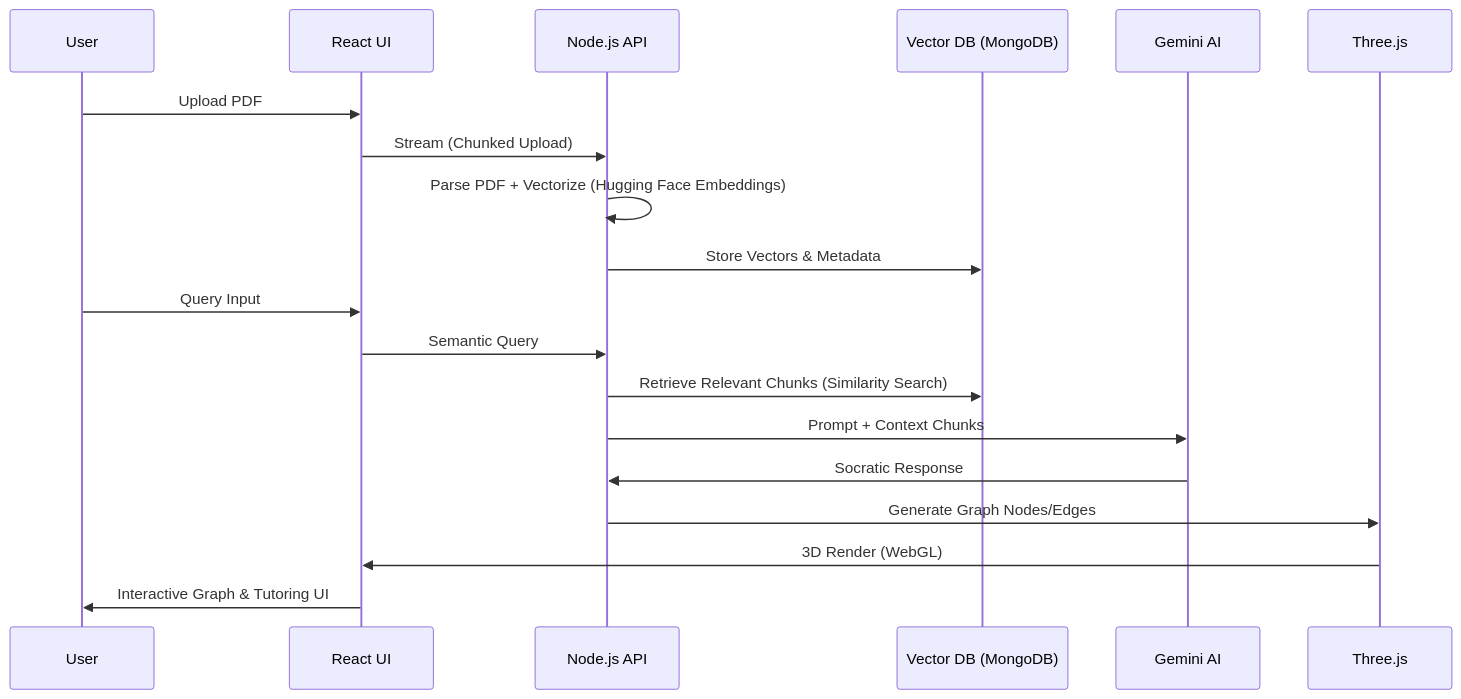
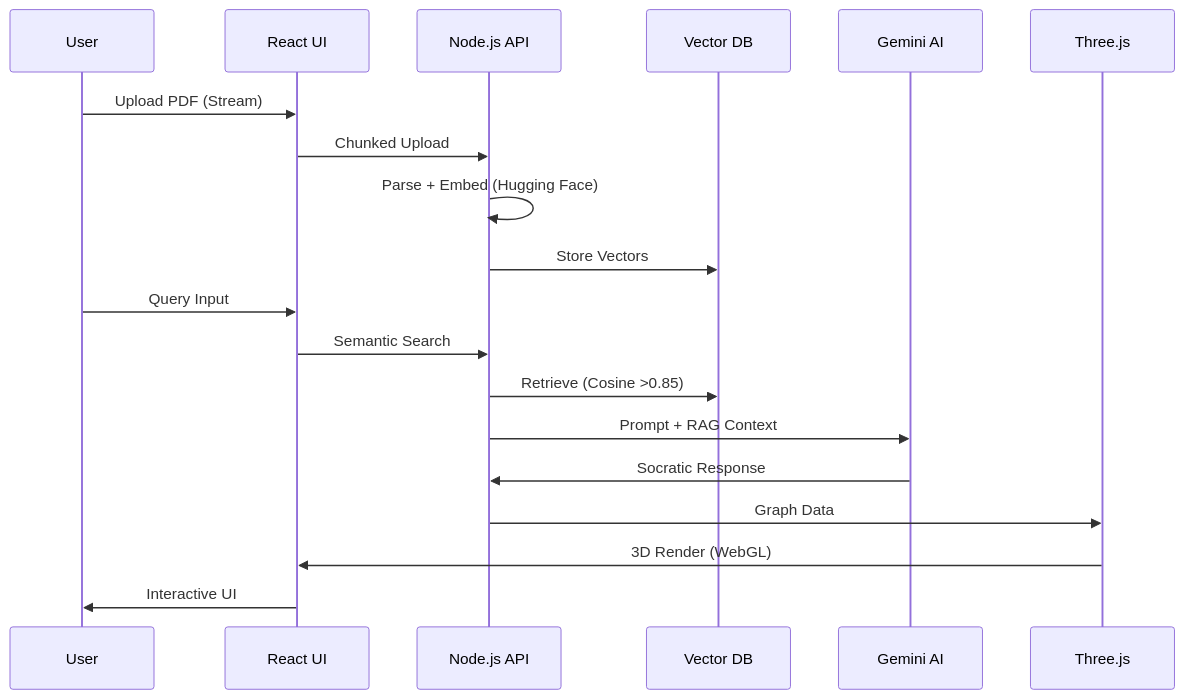
One commit to hareeshkar/hareeshkar changed the first of 2 diagrams in README.md. Above: the diagram before and after it, drawn with Mermaid. The commit also changed other lines of this file, not shown here.

````diff
--- a/README.md
+++ b/README.md
@@ -75,21 +166,22 @@
-```mermaid
-sequenceDiagram
+  ```mermaid
+  sequenceDiagram
     participant U as User
     participant F as React UI
     participant N as Node.js API
-    participant V as Vector DB (MongoDB)
+    participant V as Vector DB
     participant G as Gemini AI
     participant T as Three.js
-    U->>F: Upload PDF
-    F->>N: Stream (Chunked Upload)
-    N->>N: Parse PDF + Vectorize (Hugging Face Embeddings)
-    N->>V: Store Vectors & Metadata
+    
+    U->>F: Upload PDF (Stream)
+    F->>N: Chunked Upload
+    N->>N: Parse + Embed (Hugging Face)
+    N->>V: Store Vectors
     U->>F: Query Input
-    F->>N: Semantic Query
-    N->>V: Retrieve Relevant Chunks (Similarity Search)
-    N->>G: Prompt + Context Chunks
+    F->>N: Semantic Search
+    N->>V: Retrieve (Cosine >0.85)
+    N->>G: Prompt + RAG Context
     G->>N: Socratic Response
-    N->>T: Generate Graph Nodes/Edges
+    N->>T: Graph Data
     T->>F: 3D Render (WebGL)
-    F->>U: Interactive Graph & Tutoring UI
-```
+    F->>U: Interactive UI
+  ```
````
